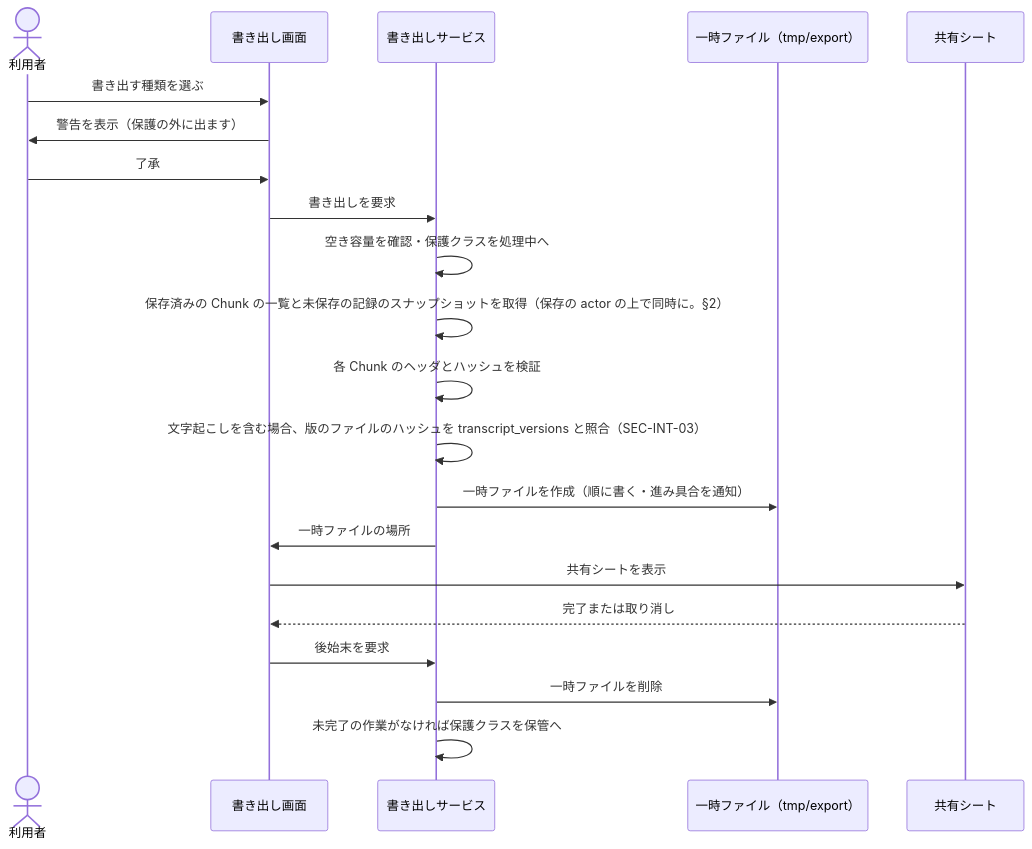
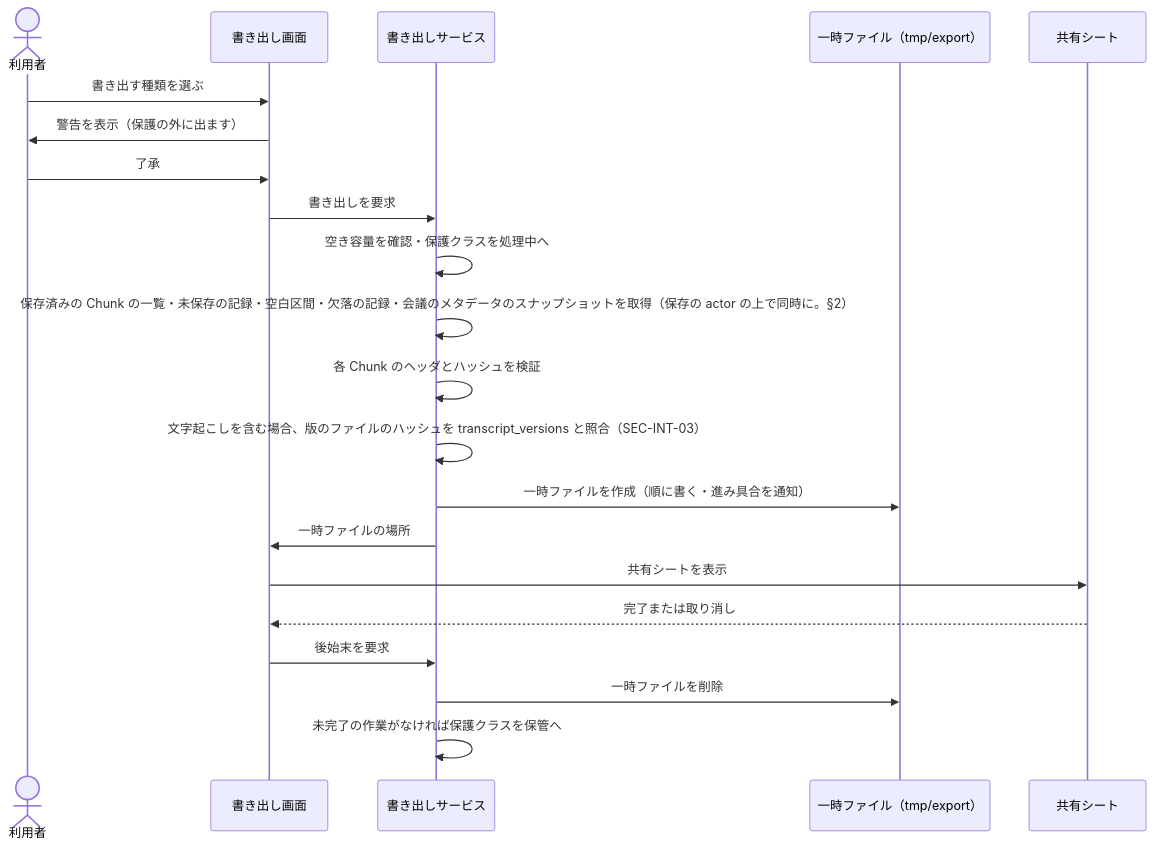
Before and after one commit to myoshi2891/Minutes-Mobile: the diagram in docs/02-basic-design/export.md, drawn with Mermaid. The commit also changed other lines of this file and 4 other files, not shown here.

````diff
--- a/docs/02-basic-design/export.md
+++ b/docs/02-basic-design/export.md
@@ -63,23 +63,23 @@
 ```mermaid
 sequenceDiagram
     actor U as 利用者
     participant V as 書き出し画面
     participant E as 書き出しサービス
     participant T as 一時ファイル（tmp/export）
     participant S as 共有シート
     U->>V: 書き出す種類を選ぶ
     V->>U: 警告を表示（保護の外に出ます）
     U->>V: 了承
     V->>E: 書き出しを要求
     E->>E: 空き容量を確認・保護クラスを処理中へ
-    E->>E: 保存済みの Chunk の一覧と未保存の記録のスナップショットを取得（保存の actor の上で同時に。§2）
+    E->>E: 保存済みの Chunk の一覧・未保存の記録・空白区間・欠落の記録・会議のメタデータのスナップショットを取得（保存の actor の上で同時に。§2）
     E->>E: 各 Chunk のヘッダとハッシュを検証
     E->>E: 文字起こしを含む場合、版のファイルのハッシュを transcript_versions と照合（SEC-INT-03）
     E->>T: 一時ファイルを作成（順に書く・進み具合を通知）
     E->>V: 一時ファイルの場所
     V->>S: 共有シートを表示
     S-->>V: 完了または取り消し
     V->>E: 後始末を要求
     E->>T: 一時ファイルを削除
     E->>E: 未完了の作業がなければ保護クラスを保管へ
 ```
````
